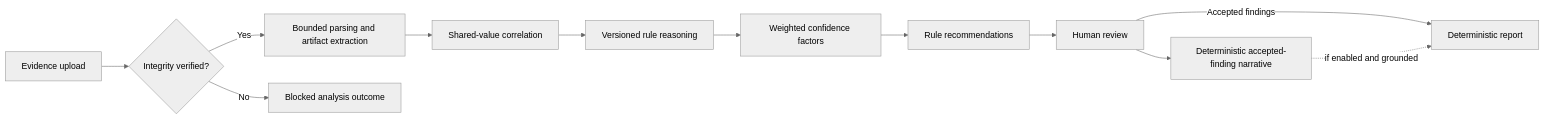
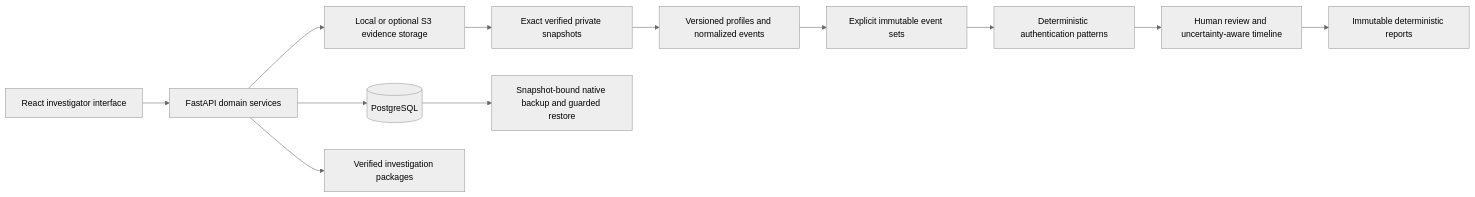
The diagram in README.md (shikhar-sahay/provena), drawn with Mermaid (neutral theme) before and after one commit. The commit also changed other lines of this file and 32 other files, not shown here.

````diff
--- a/README.md
+++ b/README.md
@@ -78,14 +72,14 @@
 ```mermaid
 flowchart LR
-    U[Evidence upload] --> V{Integrity verified?}
-    V -->|Yes| P[Bounded parsing and artifact extraction]
-    V -->|No| BLOCK[Blocked analysis outcome]
-    P --> C[Shared-value correlation]
-    C --> R[Versioned rule reasoning]
-    R --> S[Weighted confidence factors]
-    S --> REC[Rule recommendations]
-    REC --> H[Human review]
-    H -->|Accepted findings| D[Deterministic report]
-    H --> L[Deterministic accepted-finding narrative]
-    L -. "if enabled and grounded" .-> D
+  UI[React investigator interface] --> API[FastAPI domain services]
+  API --> DB[(PostgreSQL)]
+  API --> Store[Local or optional S3 evidence storage]
+  Store --> Snapshot[Exact verified private snapshots]
+  Snapshot --> Events[Versioned profiles and normalized events]
+  Events --> Sets[Explicit immutable event sets]
+  Sets --> Rules[Deterministic authentication patterns]
+  Rules --> Review[Human review and uncertainty-aware timeline]
+  Review --> Reports[Immutable deterministic reports]
+  API --> Exports[Verified investigation packages]
+  DB --> Recovery[Snapshot-bound native backup and guarded restore]
 ```
````
